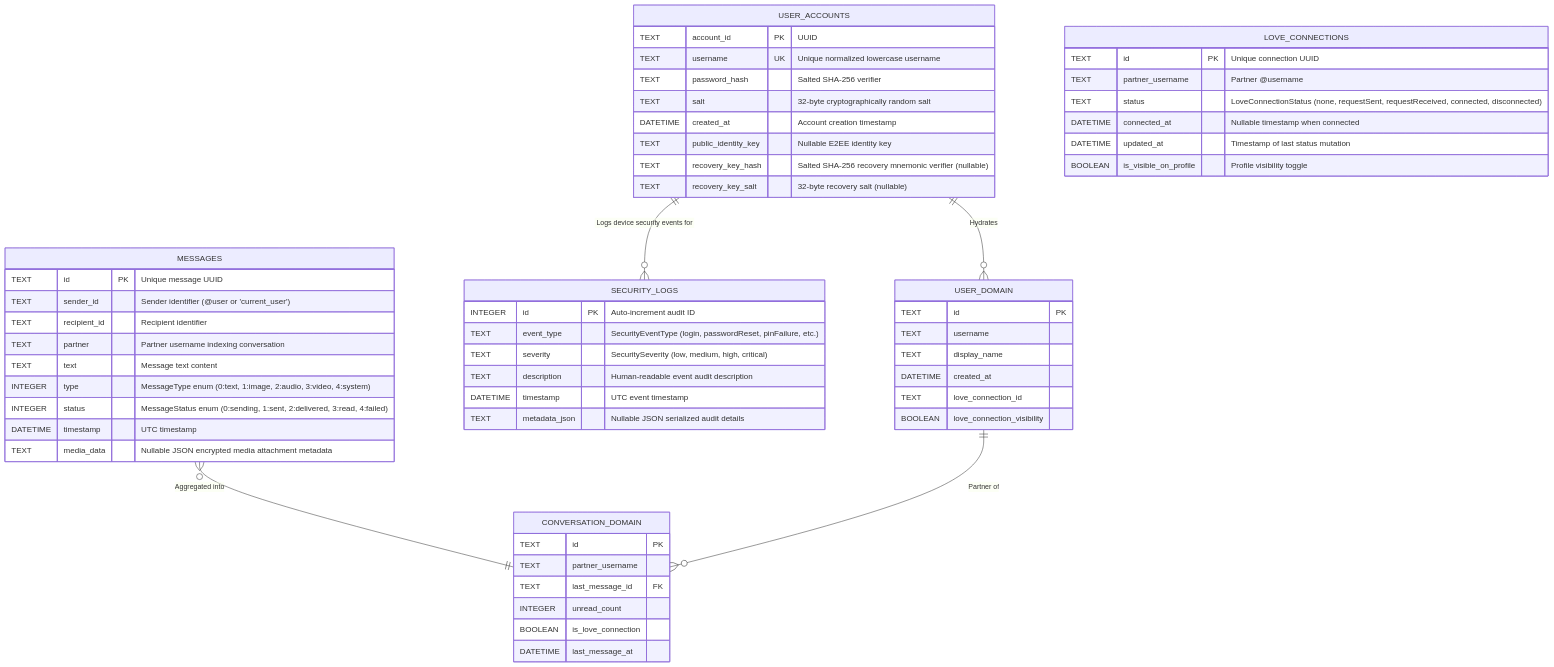
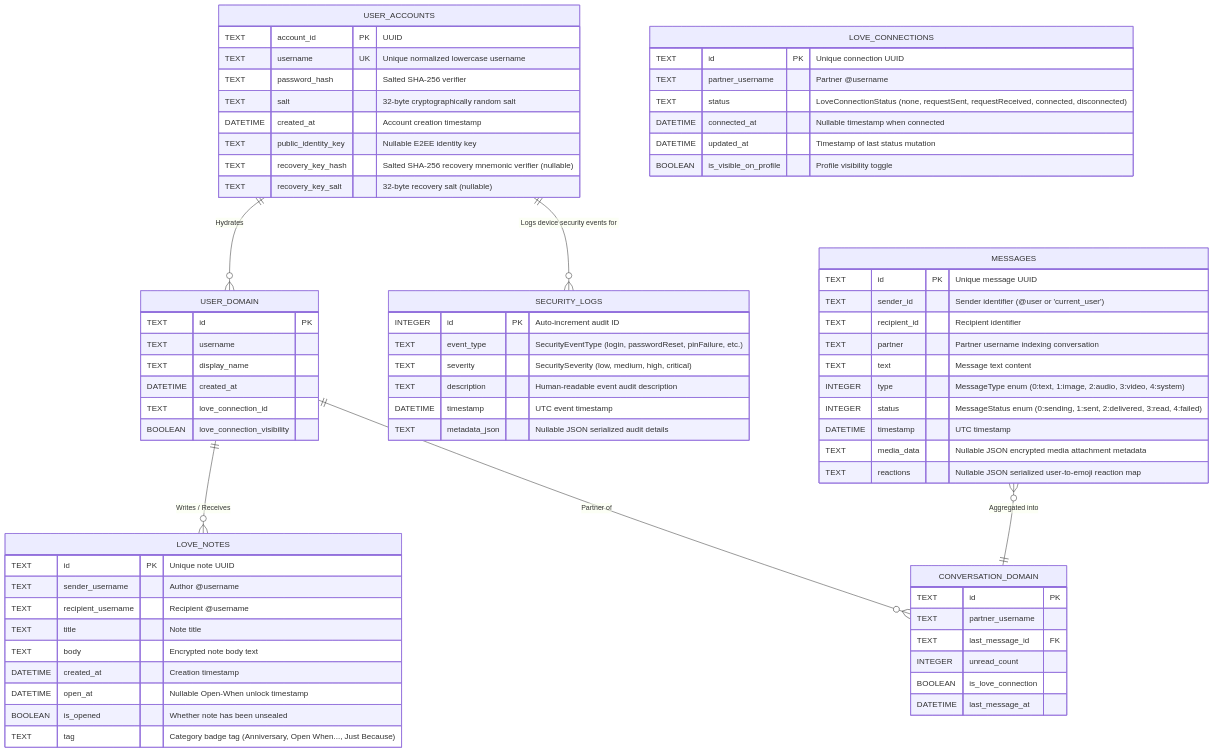
One commit to nazmulfahim3010/ourPlace changed the ninth of 20 diagrams in diagram.md. Above: the diagram before and after it, drawn with Mermaid. The commit also changed other lines of this file and 22 other files, not shown here.

Commit message:
feat: implement shared memories screen and complete all 18 roadmap phases

````diff
--- a/diagram.md
+++ b/diagram.md
@@ -441,66 +442,80 @@
 ```mermaid
 erDiagram
     USER_ACCOUNTS {
         TEXT account_id PK "UUID"
         TEXT username UK "Unique normalized lowercase username"
         TEXT password_hash "Salted SHA-256 verifier"
         TEXT salt "32-byte cryptographically random salt"
         DATETIME created_at "Account creation timestamp"
         TEXT public_identity_key "Nullable E2EE identity key"
         TEXT recovery_key_hash "Salted SHA-256 recovery mnemonic verifier (nullable)"
         TEXT recovery_key_salt "32-byte recovery salt (nullable)"
     }
 
     MESSAGES {
         TEXT id PK "Unique message UUID"
         TEXT sender_id "Sender identifier (@user or 'current_user')"
         TEXT recipient_id "Recipient identifier"
         TEXT partner "Partner username indexing conversation"
         TEXT text "Message text content"
         INTEGER type "MessageType enum (0:text, 1:image, 2:audio, 3:video, 4:system)"
         INTEGER status "MessageStatus enum (0:sending, 1:sent, 2:delivered, 3:read, 4:failed)"
         DATETIME timestamp "UTC timestamp"
         TEXT media_data "Nullable JSON encrypted media attachment metadata"
+        TEXT reactions "Nullable JSON serialized user-to-emoji reaction map"
     }
 
     SECURITY_LOGS {
         INTEGER id PK "Auto-increment audit ID"
         TEXT event_type "SecurityEventType (login, passwordReset, pinFailure, etc.)"
         TEXT severity "SecuritySeverity (low, medium, high, critical)"
         TEXT description "Human-readable event audit description"
         DATETIME timestamp "UTC event timestamp"
         TEXT metadata_json "Nullable JSON serialized audit details"
     }
 
     LOVE_CONNECTIONS {
         TEXT id PK "Unique connection UUID"
         TEXT partner_username "Partner @username"
         TEXT status "LoveConnectionStatus (none, requestSent, requestReceived, connected, disconnected)"
         DATETIME connected_at "Nullable timestamp when connected"
         DATETIME updated_at "Timestamp of last status mutation"
         BOOLEAN is_visible_on_profile "Profile visibility toggle"
+    }
+
+    LOVE_NOTES {
+        TEXT id PK "Unique note UUID"
+        TEXT sender_username "Author @username"
+        TEXT recipient_username "Recipient @username"
+        TEXT title "Note title"
+        TEXT body "Encrypted note body text"
+        DATETIME created_at "Creation timestamp"
+        DATETIME open_at "Nullable Open-When unlock timestamp"
+        BOOLEAN is_opened "Whether note has been unsealed"
+        TEXT tag "Category badge tag (Anniversary, Open When..., Just Because)"
     }
 
     CONVERSATION_DOMAIN {
         TEXT id PK
         TEXT partner_username
         TEXT last_message_id FK
         INTEGER unread_count
         BOOLEAN is_love_connection
         DATETIME last_message_at
     }
 
     USER_DOMAIN {
         TEXT id PK
         TEXT username
         TEXT display_name
         DATETIME created_at
         TEXT love_connection_id
         BOOLEAN love_connection_visibility
     }
 
     USER_ACCOUNTS ||--o{ USER_DOMAIN : "Hydrates"
     USER_ACCOUNTS ||--o{ SECURITY_LOGS : "Logs device security events for"
+    USER_DOMAIN ||--o{ LOVE_NOTES : "Writes / Receives"
     MESSAGES }o--|| CONVERSATION_DOMAIN : "Aggregated into"
     USER_DOMAIN ||--o{ CONVERSATION_DOMAIN : "Partner of"
 ```
````
